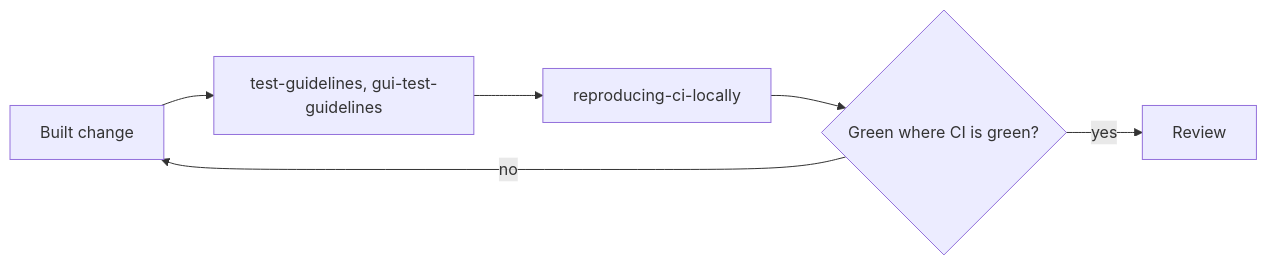
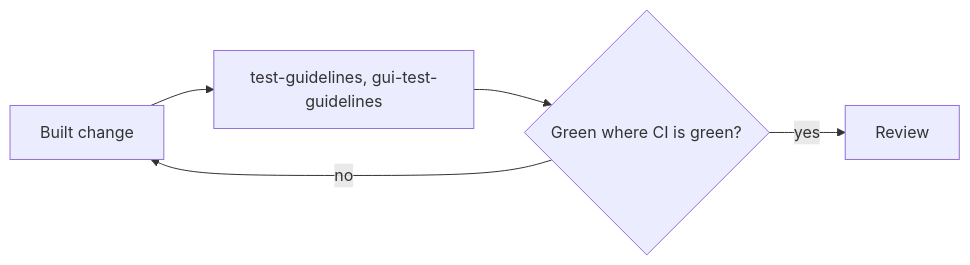
One commit to FAZuH/agent changed the sixth of 14 diagrams in docs/skill-guide.md. Above: the diagram before and after it, drawn with Mermaid. The commit also changed other lines of this file and 1 other file, not shown here.

````diff
--- a/docs/skill-guide.md
+++ b/docs/skill-guide.md
@@ -129,8 +126,7 @@
 ```mermaid
 flowchart LR
   B[Built change] --> T[test-guidelines, gui-test-guidelines]
-  T --> C[reproducing-ci-locally]
-  C --> G{Green where CI is green?}
+  T --> G{Green where CI is green?}
   G -->|no| B
   G -->|yes| R[Review]
 ```
````
